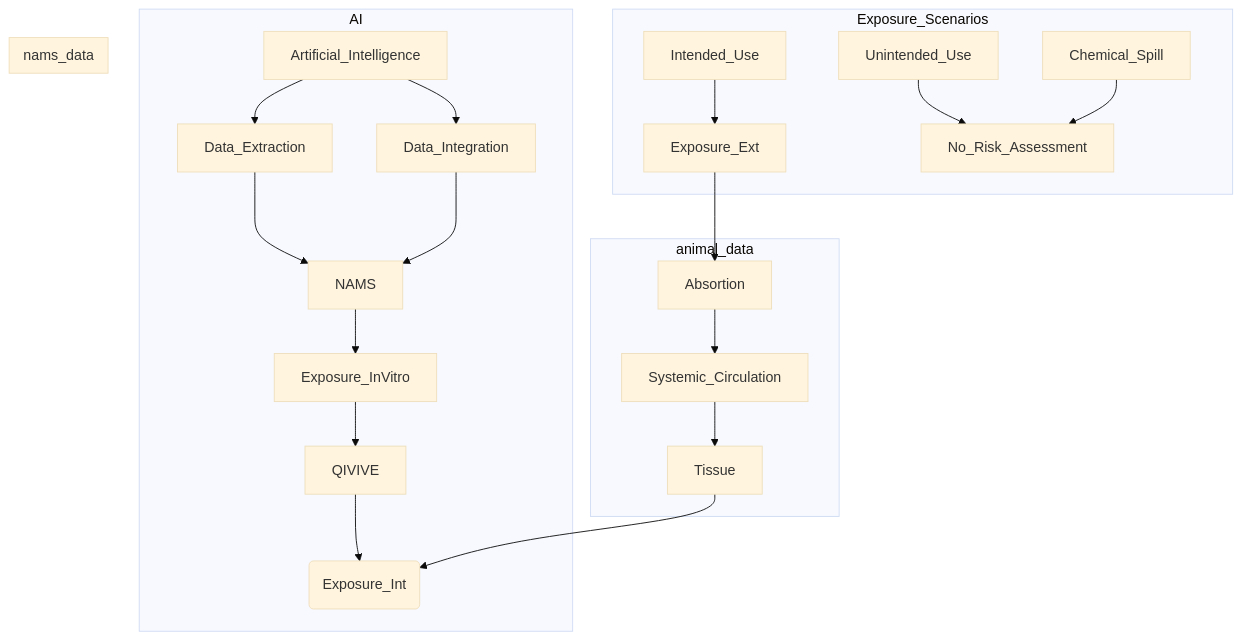
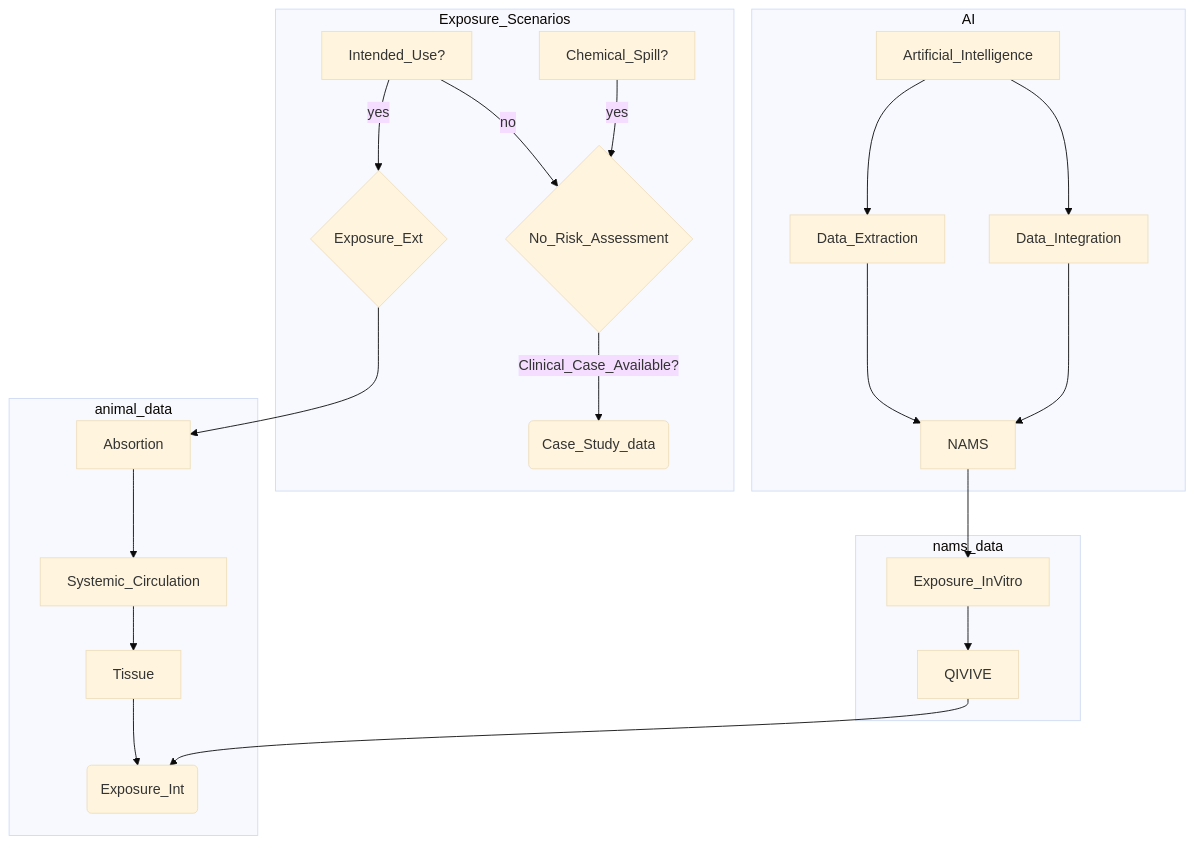
One commit to ontox-hu/workflows changed the diagram in ProbRA.md. Above: the diagram before and after it, drawn with Mermaid (base theme).

````diff
--- a/ProbRA.md
+++ b/ProbRA.md
@@ -2,47 +2,50 @@
 ```mermaid
 flowchart TD
 
 
   subgraph Exposure_Scenarios
   
-  Intended_Use-->Exposure_Ext
-  Unintended_Use-->No_Risk_Assessment
-  Chemical_Spill-->No_Risk_Assessment
+  Intended_Use?-->|yes| Exposure_Ext{Exposure_Ext}
+  Intended_Use?-->|no| No_Risk_Assessment{No_Risk_Assessment}
+  Chemical_Spill?-->|yes| No_Risk_Assessment{No_Risk_Assessment}
+  No_Risk_Assessment{No_Risk_Assessment}--> |Clinical_Case_Available?| Case_Study_Data(Case_Study_data)
+  
+  
   
   end
 
   %%%%%%%%%%%%%%%%%%%%%%%%%%%%%%%%%%%%%%%%%%%%%%%%%%%
 
   subgraph AI
 
   Artificial_Intelligence-->Data_Extraction
   Data_Extraction-->NAMS
   Artificial_Intelligence-->Data_Integration
-  Data_Integration-->NAMS
-  Exposure_InVitro-->QIVIVE
-  QIVIVE-->Exposure_Int
   
   end
   
   %%%%%%%%%%%%%%%%%%%%%%%%%%%%%%%%%%%%%%%%%%%%%%%%%
   
   subgraph animal_data
   
   Exposure_Ext-->Absortion
   Absortion-->Systemic_Circulation
   Systemic_Circulation-->Tissue
   Tissue-->Exposure_Int(Exposure_Int)
   
   end
   
   %%%%%%%%%%%%%%%%%%%%%%%%%%%%%%%%%%%%%%%%%%%%%%%%%%
   
   subgraph nams_data
   
   NAMS-->Exposure_InVitro
+  Data_Integration-->NAMS
+  Exposure_InVitro-->QIVIVE
+  QIVIVE-->Exposure_Int
   
   end
   
   %%%%%%%%%%%%%%%%%%%%%%%%%%%%%%%%%%%%%%%%%%%%%%%%%%%
   
 ```
````
